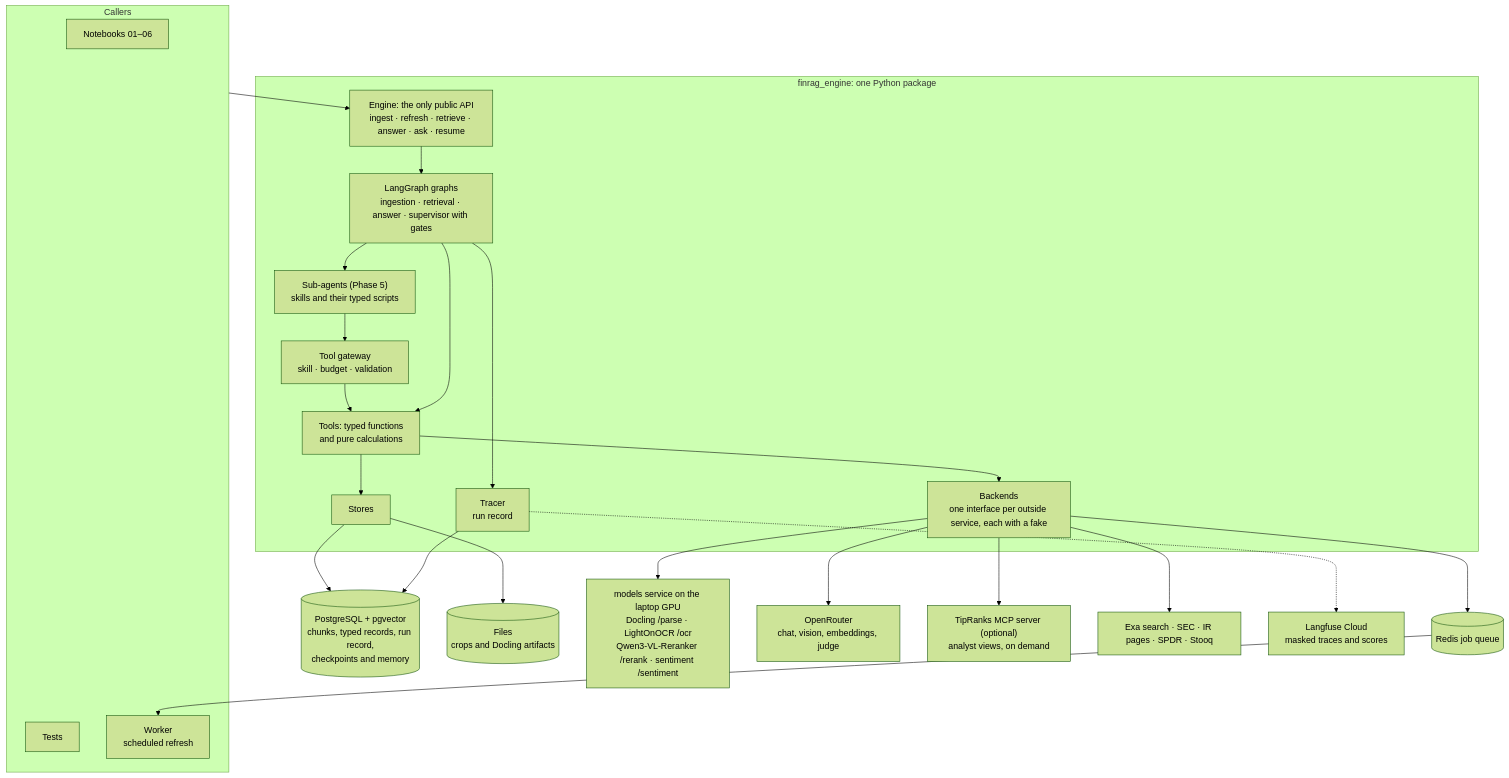
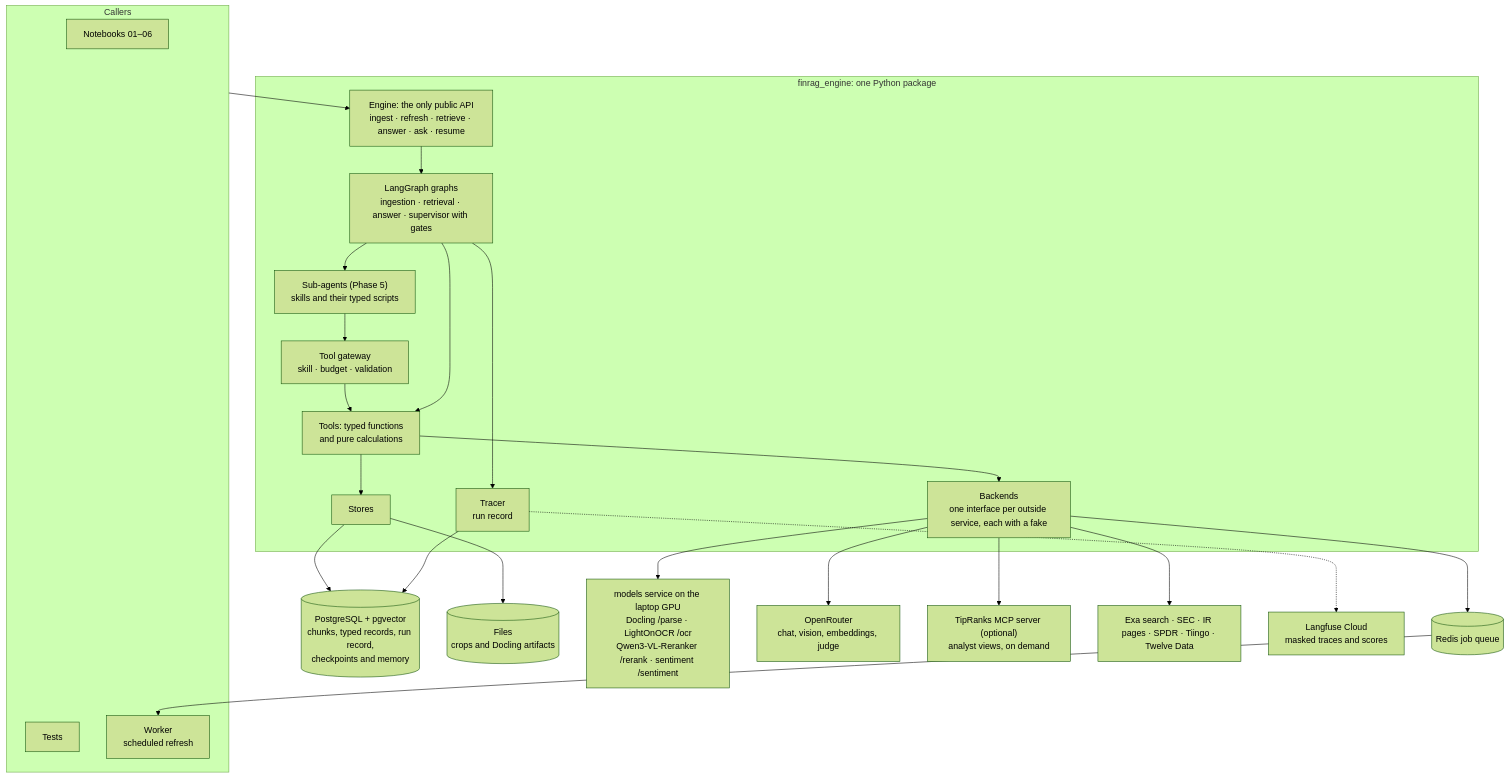
Before and after one commit to chazyman/financial-agent-capstone: the first of 5 diagrams in PROPOSAL.md, drawn with Mermaid (forest theme). The commit also changed other lines of this file and 2 other files, not shown here.

Commit message:
Remove from project Stooq and Stockanalysis as data source providers. Added Riingo and Twelve Data.

````diff
--- a/PROPOSAL.md
+++ b/PROPOSAL.md
@@ -112,46 +112,46 @@
 ```mermaid
 flowchart TB
     subgraph CALLERS["Callers"]
         NB["Notebooks 01–06"]
         TS["Tests"]
         WK["Worker<br/>scheduled refresh"]
     end
 
     subgraph ENGINE["finrag_engine: one Python package"]
         API["Engine: the only public API<br/>ingest · refresh · retrieve · answer · ask · resume"]
         GR["LangGraph graphs<br/>ingestion · retrieval · answer · supervisor with gates"]
         AG["Sub-agents (Phase 5)<br/>skills and their typed scripts"]
         GW["Tool gateway<br/>skill · budget · validation"]
         TL["Tools: typed functions<br/>and pure calculations"]
         ST["Stores"]
         BE["Backends<br/>one interface per outside service, each with a fake"]
         TR["Tracer<br/>run record"]
         API --> GR
         GR --> AG --> GW --> TL
         GR --> TL
         GR --> TR
         TL --> ST
         TL --> BE
     end
 
     CALLERS --> API
 
     PG[("PostgreSQL + pgvector<br/>chunks, typed records, run record,<br/>checkpoints and memory")]
     FS[("Files<br/>crops and Docling artifacts")]
     MS["models service on the laptop GPU<br/>Docling /parse · LightOnOCR /ocr<br/>Qwen3-VL-Reranker /rerank · sentiment /sentiment"]
     OR["OpenRouter<br/>chat, vision, embeddings, judge"]
     TM["TipRanks MCP server (optional)<br/>analyst views, on demand"]
-    WEB["Exa search · SEC · IR pages · SPDR · Stooq"]
+    WEB["Exa search · SEC · IR pages · SPDR · Tiingo · Twelve Data"]
     RQ[("Redis job queue")]
     LF["Langfuse Cloud<br/>masked traces and scores"]
 
     ST --> PG
     ST --> FS
     BE --> MS
     BE --> OR
     BE --> TM
     BE --> WEB
     BE --> RQ --> WK
     TR --> PG
     TR -.-> LF
 ```
````
